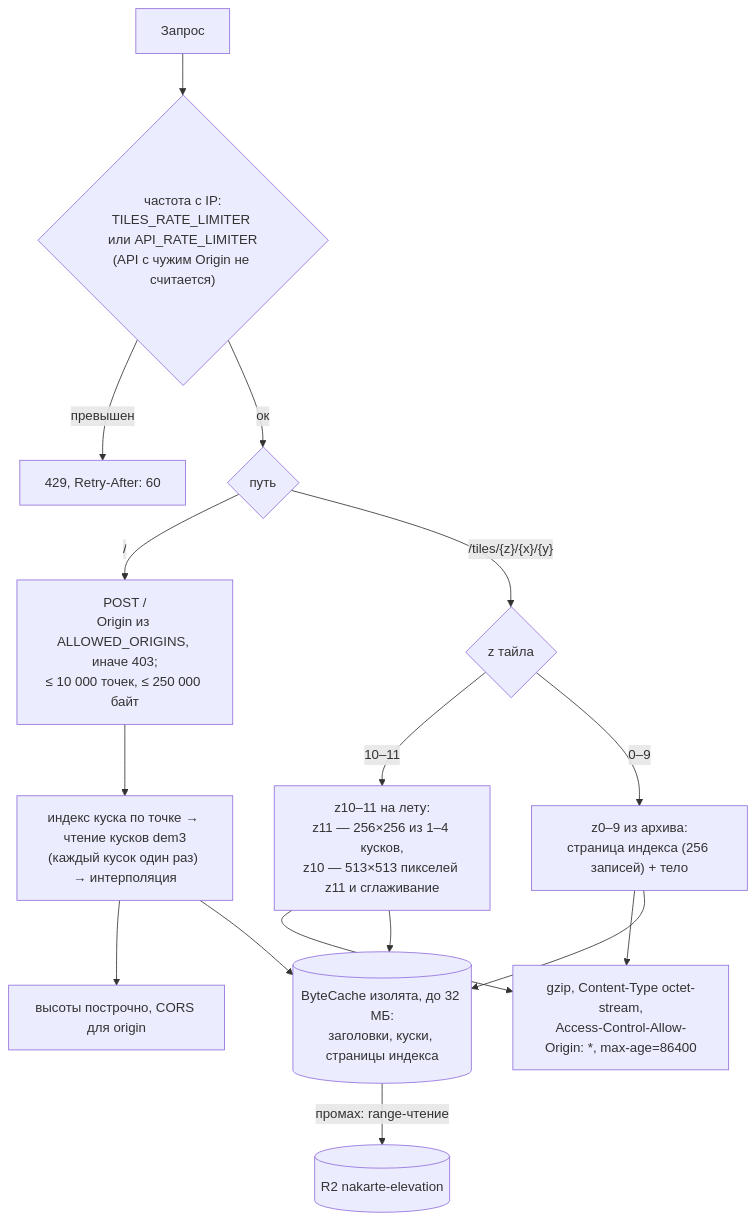
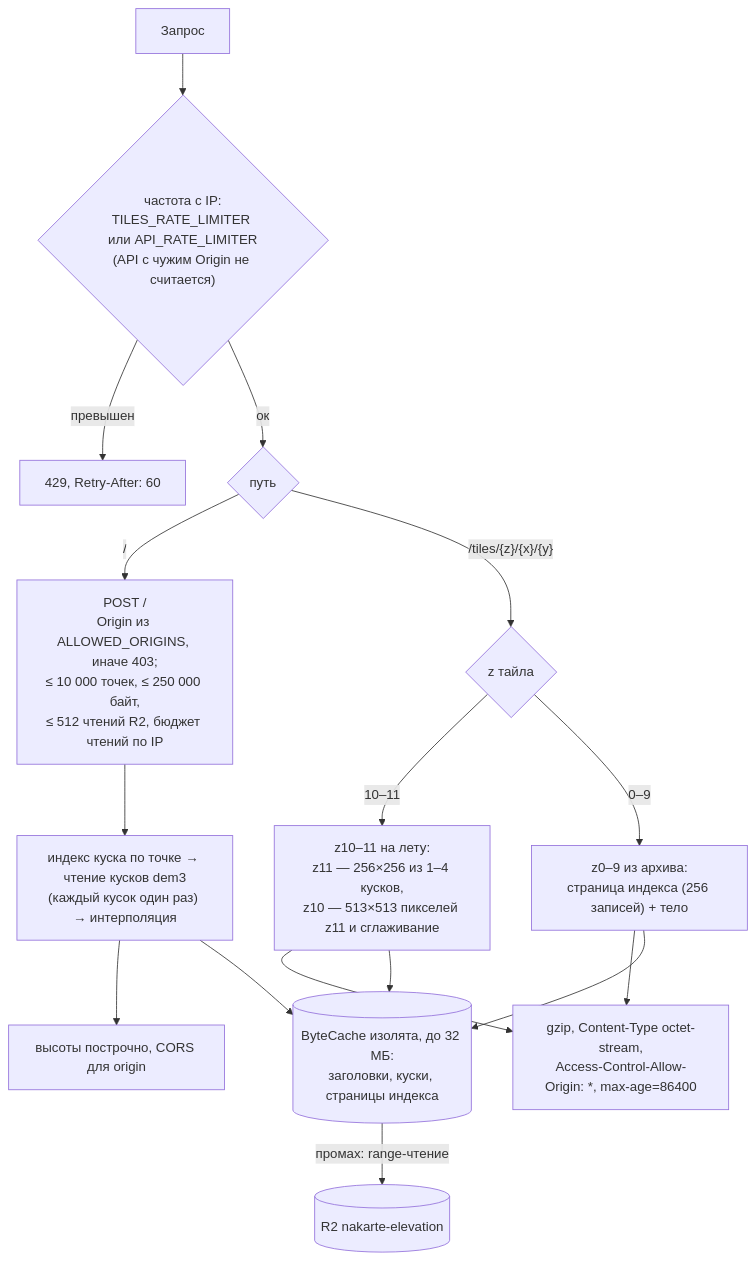
One commit to sergeycw/nakarte changed the third of 3 diagrams in docs/architecture/elevation.md. Above: the diagram before and after it, drawn with Mermaid. The commit also changed 1 other file, not shown here.

Commit message:
document the elevation read cap and budget
- protection table and elevation flow show the 512 reads cap, the
  per-ip read budget and the subrequests ceiling

````diff
--- a/docs/architecture/elevation.md
+++ b/docs/architecture/elevation.md
@@ -50,28 +50,28 @@
 ```mermaid
 flowchart TD
     req["Запрос"]
     rl{"частота с IP:<br/>TILES_RATE_LIMITER или API_RATE_LIMITER<br/>(API с чужим Origin не считается)"}
     path{"путь"}
-    api["POST /<br/>Origin из ALLOWED_ORIGINS, иначе 403;<br/>≤ 10 000 точек, ≤ 250 000 байт"]
+    api["POST /<br/>Origin из ALLOWED_ORIGINS, иначе 403;<br/>≤ 10 000 точек, ≤ 250 000 байт,<br/>≤ 512 чтений R2, бюджет чтений по IP"]
     pts["индекс куска по точке → чтение кусков dem3<br/>(каждый кусок один раз) → интерполяция"]
     zoom{"z тайла"}
     live["z10–11 на лету:<br/>z11 — 256×256 из 1–4 кусков,<br/>z10 — 513×513 пикселей z11 и сглаживание"]
     arch["z0–9 из архива:<br/>страница индекса (256 записей) + тело"]
     cache[("ByteCache изолята, до 32 МБ:<br/>заголовки, куски, страницы индекса")]
     r2[("R2 nakarte-elevation")]
     tileresp["gzip, Content-Type octet-stream,<br/>Access-Control-Allow-Origin: *, max-age=86400"]
     apiresp["высоты построчно, CORS для origin"]
     r429["429, Retry-After: 60"]
 
     req --> rl
     rl -->|"превышен"| r429
     rl -->|"ок"| path
     path -->|"/"| api --> pts --> apiresp
     path -->|"/tiles/{z}/{x}/{y}"| zoom
     zoom -->|"10–11"| live --> tileresp
     zoom -->|"0–9"| arch --> tileresp
     pts --> cache
     live --> cache
     arch --> cache
     cache -->|"промах: range-чтение"| r2
 ```
````
